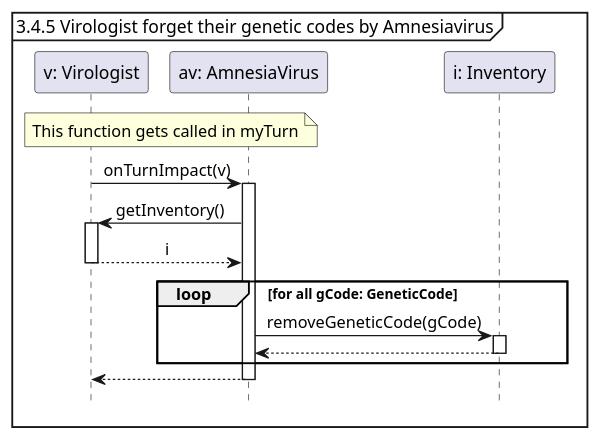
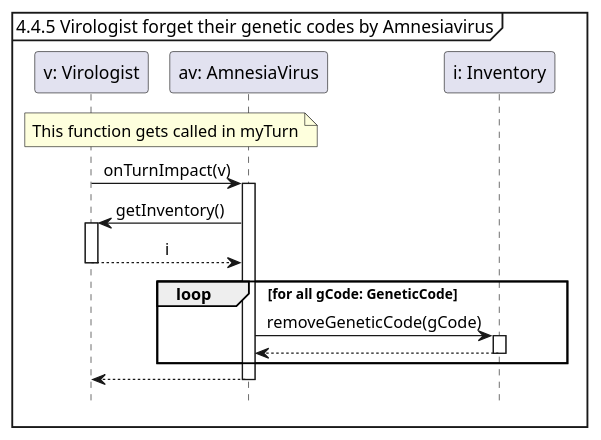
One commit to Tschonti/503-service-unavailable changed the diagram in docs/seqDiagrams/04amnesiaVirusOnTurnImpact.puml. Above: the diagram before and after it, drawn with PlantUML. The commit also changed 17 other files, not shown here.

```diff
--- a/docs/seqDiagrams/04amnesiaVirusOnTurnImpact.puml
+++ b/docs/seqDiagrams/04amnesiaVirusOnTurnImpact.puml
@@ -1,21 +1,21 @@
 @startuml
 'https://plantuml.com/sequence-diagram
 hide footbox
 skinparam sequenceMessageAlign center
 
-mainframe 3.4.5 Virologist forget their genetic codes by Amnesiavirus
+mainframe 4.4.5 Virologist forget their genetic codes by Amnesiavirus
 
 participant "v: Virologist" as v
 participant "av: AmnesiaVirus" as av
 participant "i: Inventory" as i
 
 note over v, av : This function gets called in myTurn
 v -> av ++ : onTurnImpact(v)
     av -> v ++:getInventory()
     return i
     loop for all gCode: GeneticCode
         av -> i ++ :removeGeneticCode(gCode)
         return
     end
 return
 @enduml
```
